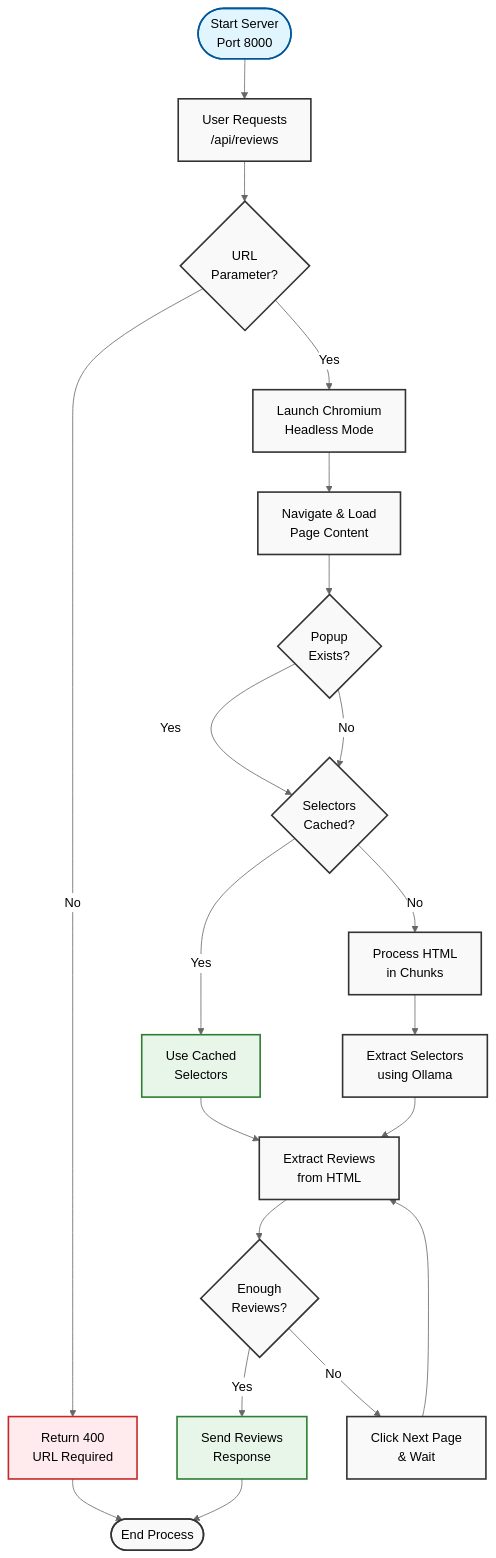
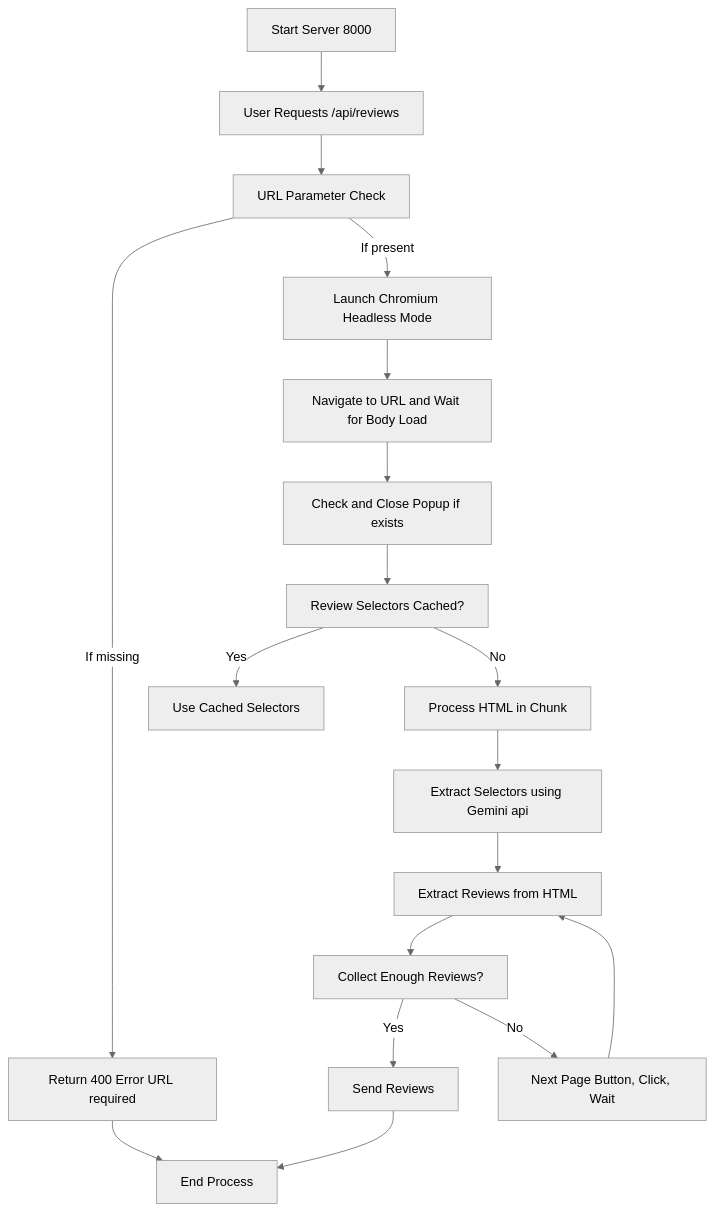
Before and after one commit to manish3173/Review_extractor-Gomarbel: the diagram in README.md, drawn with Mermaid (neutral theme). The commit also changed other lines of this file, not shown here.

````diff
--- a/README.md
+++ b/README.md
@@ -11,47 +7,20 @@
 ```mermaid
-graph TD
-    %% Styling
-    classDef default fill:#f9f9f9,stroke:#333,stroke-width:2px
-    classDef highlight fill:#e1f5fe,stroke:#01579b,stroke-width:2px
-    classDef error fill:#ffebee,stroke:#c62828,stroke-width:2px
-    classDef success fill:#e8f5e9,stroke:#2e7d32,stroke-width:2px
-    
-    %% Main nodes
-    A([Start Server<br>Port 8000]):::highlight
-    B[User Requests<br>/api/reviews]
-    C{URL<br>Parameter?}
-    D[Return 400<br>URL Required]:::error
-    E[Launch Chromium<br>Headless Mode]
-    F[Navigate & Load<br>Page Content]
-    G{Popup<br>Exists?}
-    H{Selectors<br>Cached?}
-    I[Use Cached<br>Selectors]:::success
-    J[Process HTML<br>in Chunks]
-    K[Extract Selectors<br>using Ollama]
-    L[Extract Reviews<br>from HTML]
-    M{Enough<br>Reviews?}
-    N[Send Reviews<br>Response]:::success
-    O[Click Next Page<br>& Wait]
-    P([End Process])
-
-    %% Flow connections
-    A --> B
-    B --> C
-    C -->|No| D
-    C -->|Yes| E
-    E --> F
-    F --> G
-    G -->|Yes| H
-    G -->|No| H
-    H -->|Yes| I
-    H -->|No| J
-    J --> K
-    K --> L
-    I --> L
-    L --> M
-    M -->|Yes| N
-    M -->|No| O
+graph TD;
+    A[Start Server 8000] --> B[User Requests /api/reviews]
+    B --> C[URL Parameter Check]
+    C -->|If missing| D[Return 400 Error URL required]
+    C -->|If present| E[Launch Chromium Headless Mode]
+    E --> F[Navigate to URL and Wait for Body Load]
+    F --> G[Check and Close Popup if exists]
+    G --> H[Review Selectors Cached?]
+    H -->|Yes| I[Use Cached Selectors]
+    H -->|No| J[Process HTML in Chunk]
+    J --> K[Extract Selectors using Gemini api]
+    K --> L[Extract Reviews from HTML]
+    L --> M[Collect Enough Reviews?]
+    M -->|Yes| N[Send Reviews]
+    M -->|No| O[Next Page Button, Click, Wait]
+    N --> P[End Process]
     O --> L
-    N --> P
     D --> P
 ```
````
